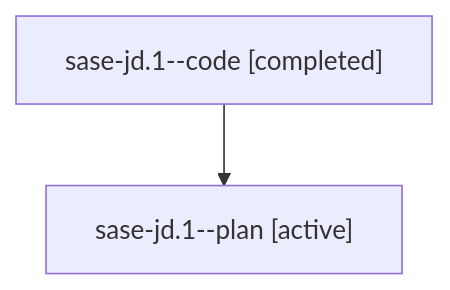
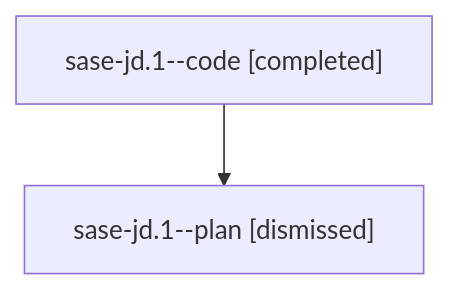
One commit to sase-org/sase--agents changed the diagram in sessions/bbugyi200.athena.sase-jd.1.md. Above: the diagram before and after it, drawn with Mermaid. The commit also changed other lines of this file and 112 other files, not shown here.

````diff
--- a/sessions/bbugyi200.athena.sase-jd.1.md
+++ b/sessions/bbugyi200.athena.sase-jd.1.md
@@ -9,6 +9,6 @@
 ```mermaid
 flowchart TD
   n0["sase-jd.1--code [completed]"]
-  n1["sase-jd.1--plan [active]"]
+  n1["sase-jd.1--plan [dismissed]"]
   n0 --> n1
 ```
````
